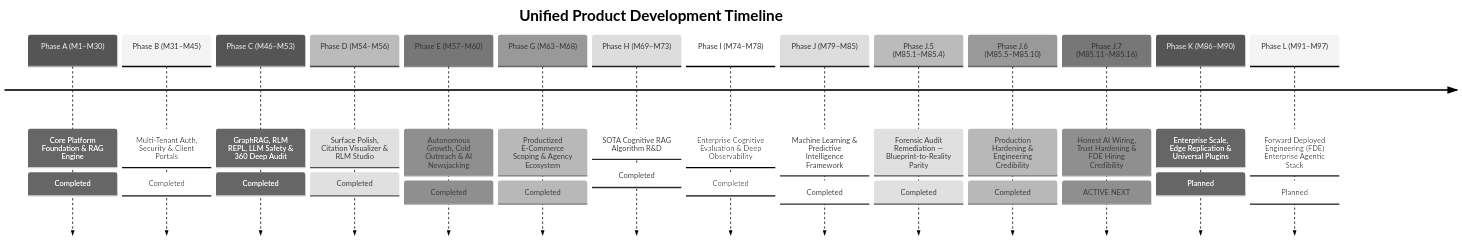
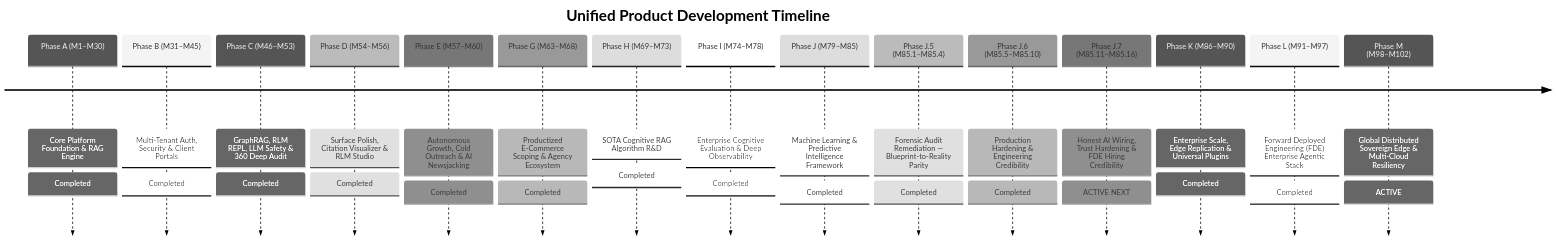
The diagram in docs/UNIFIED_MASTER_ROADMAP.md (prat3010/Prateek_website), drawn with Mermaid (neutral theme) before and after one commit. The commit also changed other lines of this file and 10 other files, not shown here.

Commit message:
feat(rag): Milestone 98 - Sovereign Edge Sync panel & offline agent studio integration

````diff
--- a/docs/UNIFIED_MASTER_ROADMAP.md
+++ b/docs/UNIFIED_MASTER_ROADMAP.md
@@ -45,18 +45,19 @@
 ```mermaid
 timeline
     title Unified Product Development Timeline
     Phase A (M1–M30) : Core Platform Foundation & RAG Engine : Completed
     Phase B (M31–M45) : Multi-Tenant Auth, Security & Client Portals : Completed
     Phase C (M46–M53) : GraphRAG, RLM REPL, LLM Safety & 360 Deep Audit : Completed
     Phase D (M54–M56) : Surface Polish, Citation Visualizer & RLM Studio : Completed
     Phase E (M57–M60) : Autonomous Growth, Cold Outreach & AI Newsjacking : Completed
     Phase G (M63–M68) : Productized E-Commerce Scoping & Agency Ecosystem : Completed
     Phase H (M69–M73) : SOTA Cognitive RAG Algorithm R&D : Completed
     Phase I (M74–M78) : Enterprise Cognitive Evaluation & Deep Observability : Completed
     Phase J (M79–M85) : Machine Learning & Predictive Intelligence Framework : Completed
     Phase J.5 (M85.1–M85.4) : Forensic Audit Remediation — Blueprint-to-Reality Parity : Completed
     Phase J.6 (M85.5–M85.10) : Production Hardening & Engineering Credibility : Completed
     Phase J.7 (M85.11–M85.16) : Honest AI Wiring, Trust Hardening & FDE Hiring Credibility : ACTIVE NEXT
-    Phase K (M86–M90) : Enterprise Scale, Edge Replication & Universal Plugins : Planned
-    Phase L (M91–M97) : Forward Deployed Engineering (FDE) Enterprise Agentic Stack : Planned
+    Phase K (M86–M90) : Enterprise Scale, Edge Replication & Universal Plugins : Completed
+    Phase L (M91–M97) : Forward Deployed Engineering (FDE) Enterprise Agentic Stack : Completed
+    Phase M (M98–M102) : Global Distributed Sovereign Edge & Multi-Cloud Resiliency : ACTIVE
 ```
````
